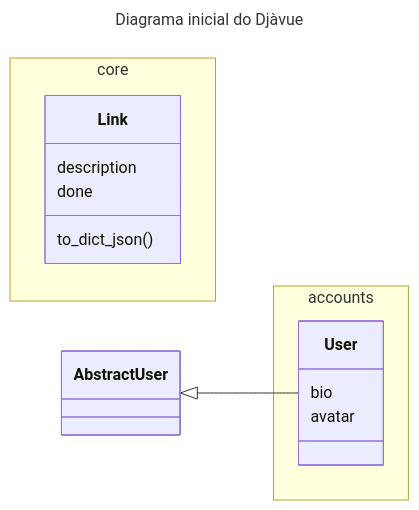
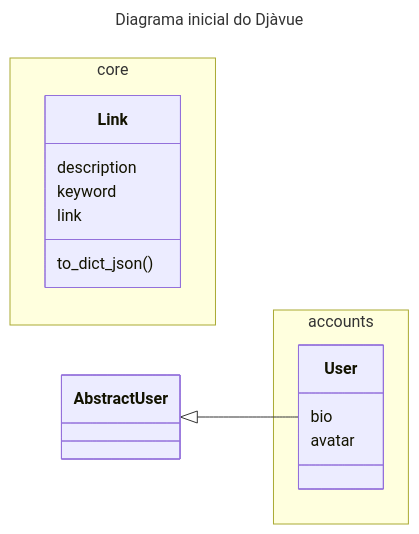
Before and after one commit to huogerac/vai-links: the third of 3 diagrams in README.md, drawn with Mermaid. The commit also changed other lines of this file, not shown here.

````diff
--- a/README.md
+++ b/README.md
@@ -118,21 +118,22 @@
 ```mermaid
 ---
 title: Diagrama inicial do Djàvue
 ---
 classDiagram
     direction LR
     AbstractUser <|-- User
     namespace accounts {
         class User {
             bio
             avatar
         }
     }
     namespace core {
         class Link {
             description
-            done
+            keyword
+            link
             to_dict_json()
         }
     }
 ```
````
